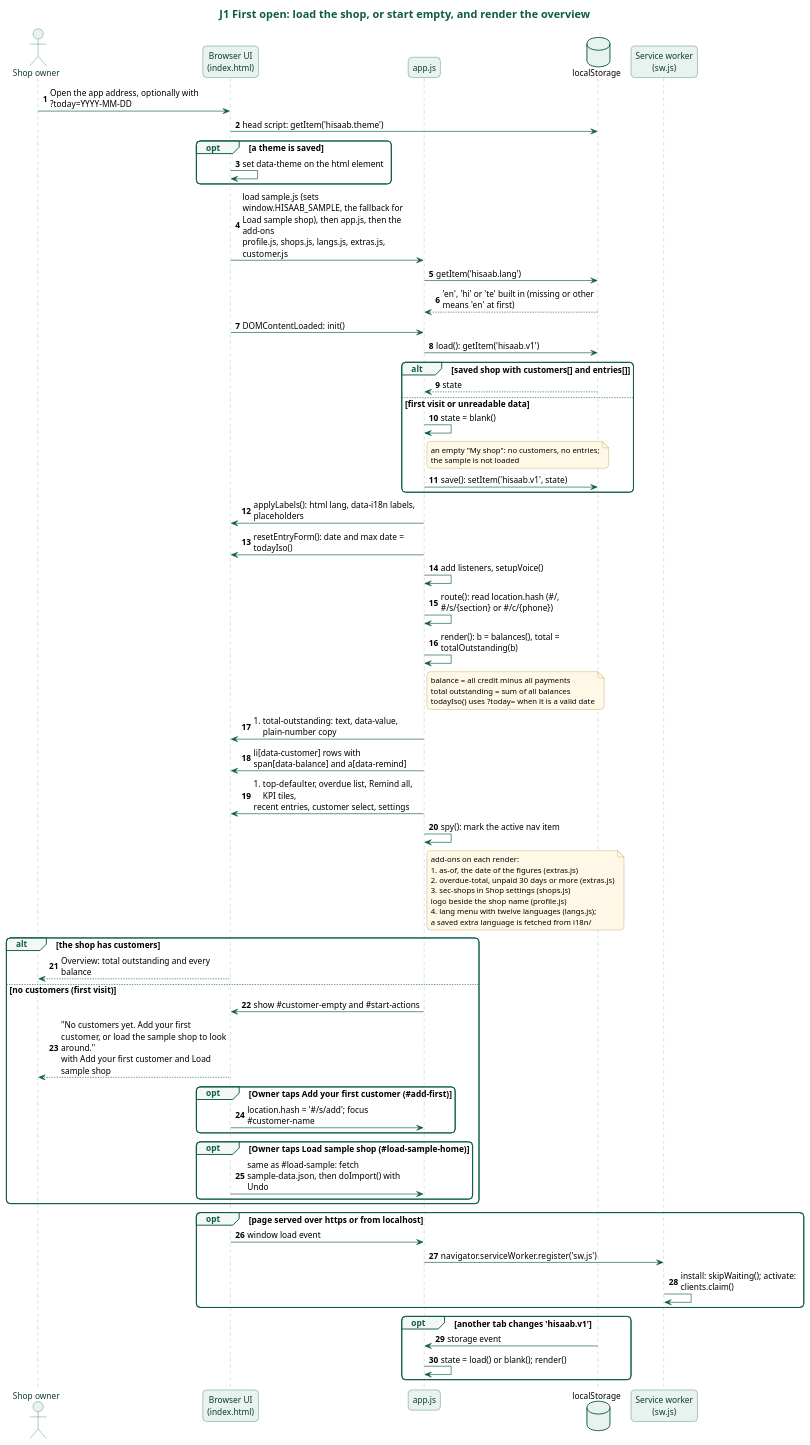
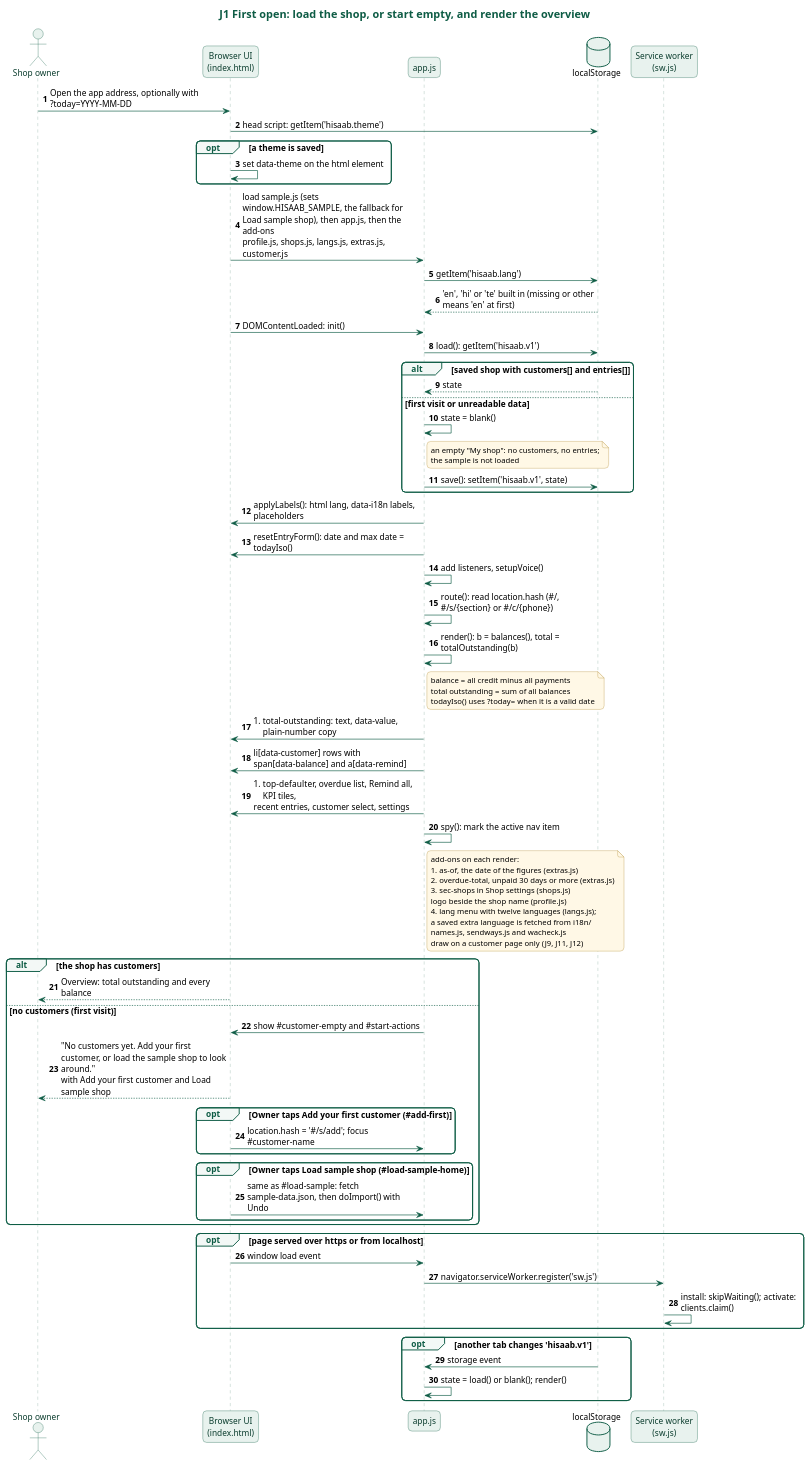
One commit to karwasanjay007/hisaab-docs changed the diagram in docs/diagrams/j1-first-open.puml. Above: the diagram before and after it, drawn with PlantUML. The commit also changed 39 other files, not shown here.

First line of the commit message:
Version 1.2.3: layout that holds in every language, names in nine more scripts, a tappable pay link, other ways to send, the WhatsApp check; requirements, design, journeys, diagrams and evidence brought up to date after the baseline was approved

```diff
--- a/docs/diagrams/j1-first-open.puml
+++ b/docs/diagrams/j1-first-open.puml
@@ -1,107 +1,109 @@
 @startuml j1-first-open
 title J1 First open: load the shop, or start empty, and render the overview
 skinparam backgroundColor white
 skinparam defaultFontName "Noto Sans"
 skinparam defaultFontSize 13
 skinparam roundCorner 12
 skinparam shadowing false
 skinparam maxMessageSize 260
 skinparam titleFontSize 17
 skinparam titleFontColor #0E5C45
 skinparam sequenceMessageAlign left
 skinparam responseMessageBelowArrow true
 skinparam sequence {
   ArrowColor #0E5C45
   LifeLineBorderColor #7FA89A
   LifeLineBackgroundColor #E8F2EE
   ParticipantBorderColor #0E5C45
   ParticipantBackgroundColor #E8F2EE
   ParticipantFontColor #0B3D2E
   ActorBorderColor #0E5C45
   ActorBackgroundColor #E8F2EE
   ActorFontColor #0B3D2E
   GroupBorderColor #0E5C45
   GroupHeaderFontColor #0E5C45
   GroupBackgroundColor #F3F8F6
   DividerBorderColor #0E5C45
   DividerBackgroundColor #E8F2EE
   DividerFontColor #0B3D2E
   BoxBorderColor #0E5C45
 }
 skinparam database {
   BorderColor #0E5C45
   BackgroundColor #E8F2EE
 }
 skinparam note {
   BorderColor #B08A2E
   BackgroundColor #FFF8E6
   FontSize 12
 }
 actor "Shop owner" as Owner
 participant "Browser UI\n(index.html)" as UI
 participant "app.js" as App
 database "localStorage" as LS
 participant "Service worker\n(sw.js)" as SW
 autonumber
 Owner -> UI : Open the app address, optionally with ?today=YYYY-MM-DD
 UI -> LS : head script: getItem('hisaab.theme')
 opt a theme is saved
   UI -> UI : set data-theme on the html element
 end
 UI -> App : load sample.js (sets window.HISAAB_SAMPLE, the fallback for Load sample shop), then app.js, then the add-ons\nprofile.js, shops.js, langs.js, extras.js, customer.js
 App -> LS : getItem('hisaab.lang')
 LS --> App : 'en', 'hi' or 'te' built in (missing or other means 'en' at first)
 UI -> App : DOMContentLoaded: init()
 App -> LS : load(): getItem('hisaab.v1')
 alt saved shop with customers[] and entries[]
   LS --> App : state
 else first visit or unreadable data
   App -> App : state = blank()
   note right of App : an empty "My shop": no customers, no entries;\nthe sample is not loaded
   App -> LS : save(): setItem('hisaab.v1', state)
 end
 App -> UI : applyLabels(): html lang, data-i18n labels, placeholders
 App -> UI : resetEntryForm(): date and max date = todayIso()
 App -> App : add listeners, setupVoice()
 App -> App : route(): read location.hash (#/, #/s/{section} or #/c/{phone})
 App -> App : render(): b = balances(), total = totalOutstanding(b)
 note right of App
   balance = all credit minus all payments
   total outstanding = sum of all balances
   todayIso() uses ?today= when it is a valid date
 end note
 App -> UI : #total-outstanding: text, data-value, plain-number copy
 App -> UI : li[data-customer] rows with span[data-balance] and a[data-remind]
 App -> UI : #top-defaulter, overdue list, Remind all, KPI tiles,\nrecent entries, customer select, settings
 App -> App : spy(): mark the active nav item
 note right of App
   add-ons on each render:
   #as-of, the date of the figures (extras.js)
   #overdue-total, unpaid 30 days or more (extras.js)
   #sec-shops in Shop settings (shops.js)
   logo beside the shop name (profile.js)
   #lang menu with twelve languages (langs.js);
   a saved extra language is fetched from i18n/
+  names.js, sendways.js and wacheck.js
+  draw on a customer page only (J9, J11, J12)
 end note
 alt the shop has customers
   UI --> Owner : Overview: total outstanding and every balance
 else no customers (first visit)
   App -> UI : show #customer-empty and #start-actions
   UI --> Owner : "No customers yet. Add your first customer, or load the sample shop to look around."\nwith Add your first customer and Load sample shop
   opt Owner taps Add your first customer (#add-first)
     UI -> App : location.hash = '#/s/add'; focus #customer-name
   end
   opt Owner taps Load sample shop (#load-sample-home)
     UI -> App : same as #load-sample: fetch sample-data.json, then doImport() with Undo
   end
 end
 opt page served over https or from localhost
   UI -> App : window load event
   App -> SW : navigator.serviceWorker.register('sw.js')
   SW -> SW : install: skipWaiting(); activate: clients.claim()
 end
 opt another tab changes 'hisaab.v1'
   LS -> App : storage event
   App -> App : state = load() or blank(); render()
 end
 @enduml
```
